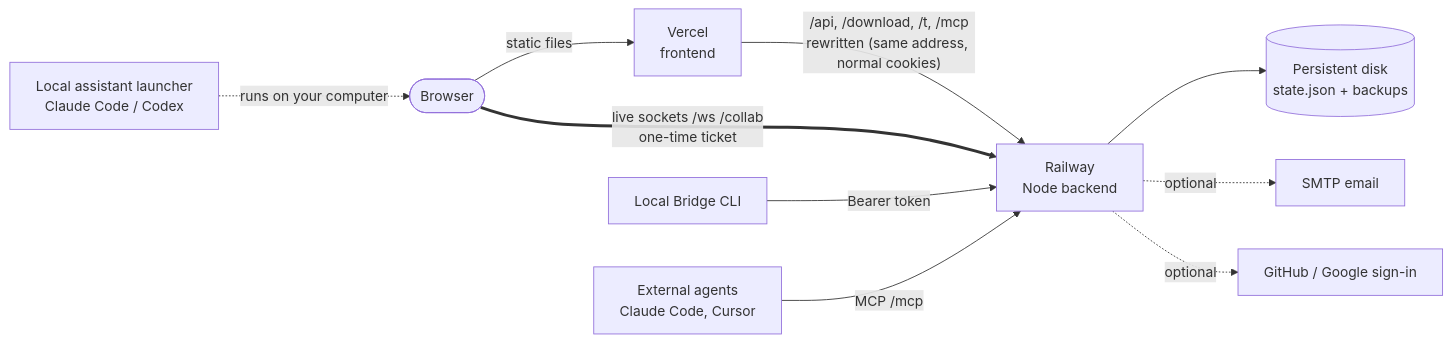
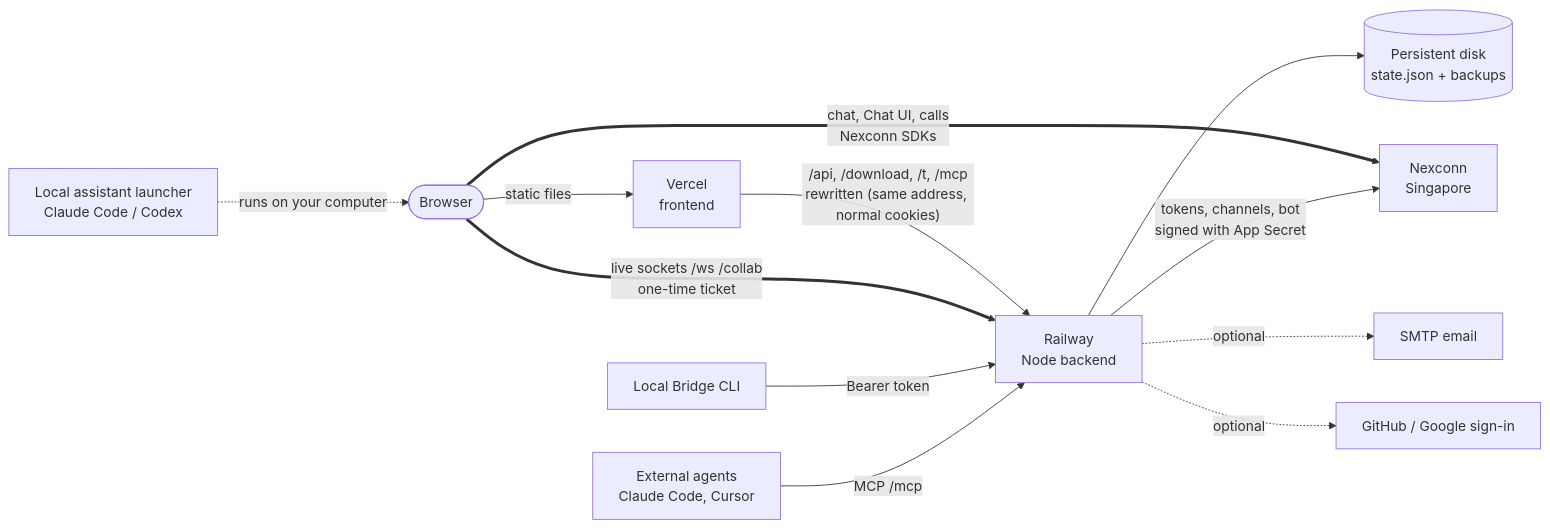
The first of 6 diagrams in README.md (Piyush5525/Hackconnect), drawn with Mermaid before and after one commit. The commit also changed other lines of this file and 32 other files, not shown here.

Commit message:
Run all messaging and calls on Nexconn: workspace chat on #general, Nexconn Call SDK for 1:1 and group calls

````diff
--- a/README.md
+++ b/README.md
@@ -102,12 +103,14 @@
 ```mermaid
 flowchart LR
   U([Browser]) -->|static files| V[Vercel<br/>frontend]
   V -->|"/api, /download, /t, /mcp<br/>rewritten (same address, normal cookies)"| R[Railway<br/>Node backend]
   U ==>|"live sockets /ws /collab<br/>one-time ticket"| R
   R --> D[(Persistent disk<br/>state.json + backups)]
+  U ==>|"chat, Chat UI, calls<br/>Nexconn SDKs"| N[Nexconn<br/>Singapore]
+  R -->|"tokens, channels, bot<br/>signed with App Secret"| N
   R -.->|optional| M[SMTP email]
   R -.->|optional| O[GitHub / Google sign-in]
   L[Local assistant launcher<br/>Claude Code / Codex] -.->|"runs on your computer"| U
   B[Local Bridge CLI] -->|Bearer token| R
   X[External agents<br/>Claude Code, Cursor] -->|MCP /mcp| R
 ```
````
